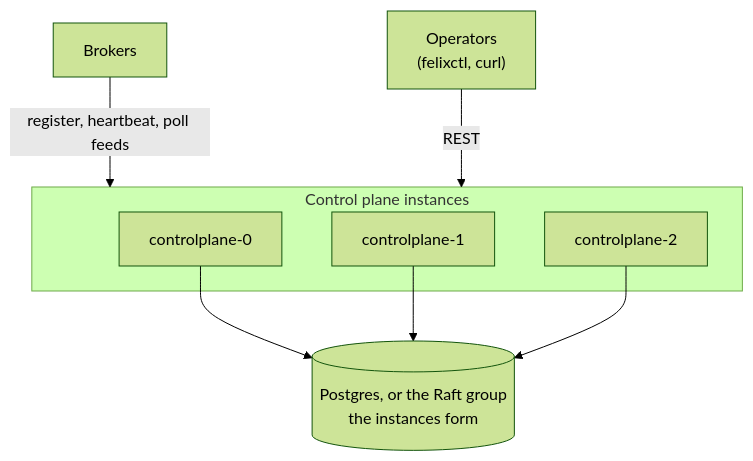
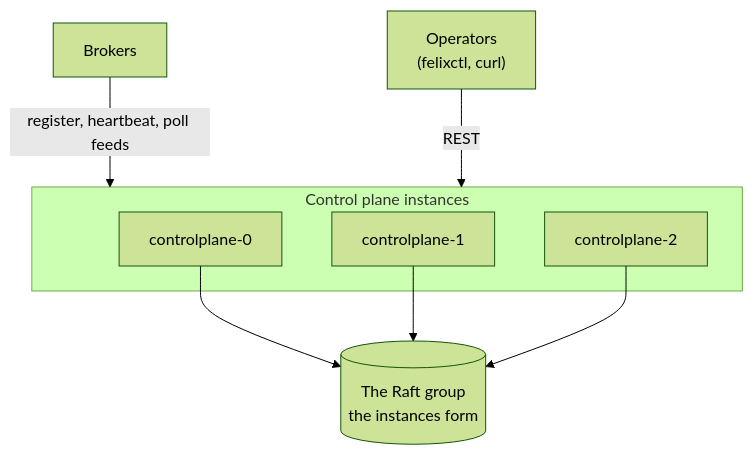
Before and after one commit to GetFelix/felix: the diagram in docs-site/src/content/docs/api/control-plane-api.md, drawn with Mermaid (forest theme). The commit also changed other lines of this file and 192 other files, not shown here.

````diff
--- a/docs-site/src/content/docs/api/control-plane-api.md
+++ b/docs-site/src/content/docs/api/control-plane-api.md
@@ -711,17 +703,17 @@
 ```mermaid
 graph TB
     subgraph CP["Control plane instances"]
         CP1["controlplane-0"]
         CP2["controlplane-1"]
         CP3["controlplane-2"]
     end
-    Store[("Postgres, or the Raft group<br/>the instances form")]
+    Store[("The Raft group<br/>the instances form")]
     Brokers["Brokers"]
     Operators["Operators<br/>(felixctl, curl)"]
 
     CP1 --> Store
     CP2 --> Store
     CP3 --> Store
     Brokers -->|register, heartbeat, poll feeds| CP
     Operators -->|REST| CP
 ```
````
